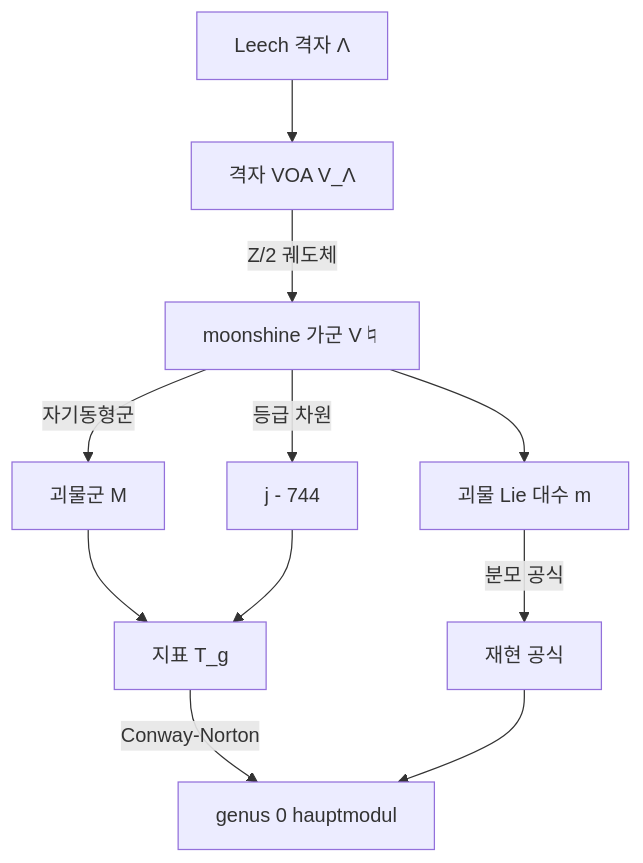
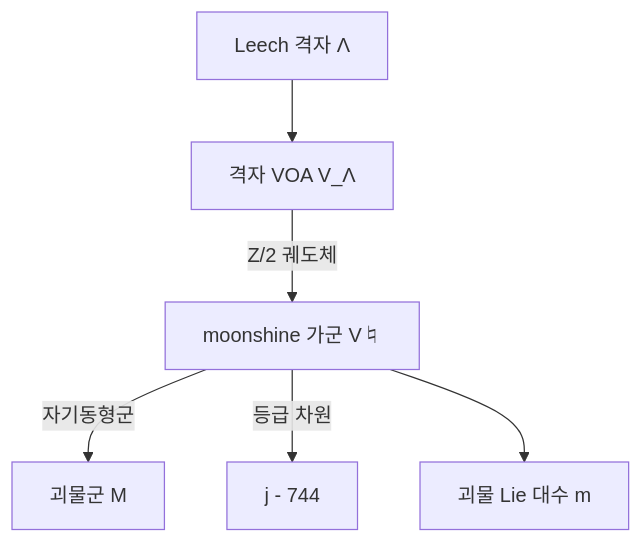
Before and after one commit to Phryxia/math-map: the diagram in docs/monstrous-moonshine.md, drawn with Mermaid. The commit also changed other lines of this file, not shown here.

First line of the commit message:
rewrite monstrous-moonshine to the house style: drop the proof-step diagram and unsourced open-problem claims, escape subscripts after braces

````diff
--- a/docs/monstrous-moonshine.md
+++ b/docs/monstrous-moonshine.md
@@ -61,13 +43,8 @@
 ```mermaid
 graph TD
   L["Leech 격자 Λ"] --> VL["격자 VOA V_Λ"]
   VL -->|"Z/2 궤도체"| VN["moonshine 가군 V♮"]
   VN -->|"자기동형군"| M["괴물군 M"]
   VN -->|"등급 차원"| J["j - 744"]
-  M --> T["지표 T_g"]
-  J --> T
-  T -->|"Conway-Norton"| G["genus 0 hauptmodul"]
   VN --> ML["괴물 Lie 대수 m"]
-  ML -->|"분모 공식"| REP["재현 공식"]
-  REP --> G
 ```
````
